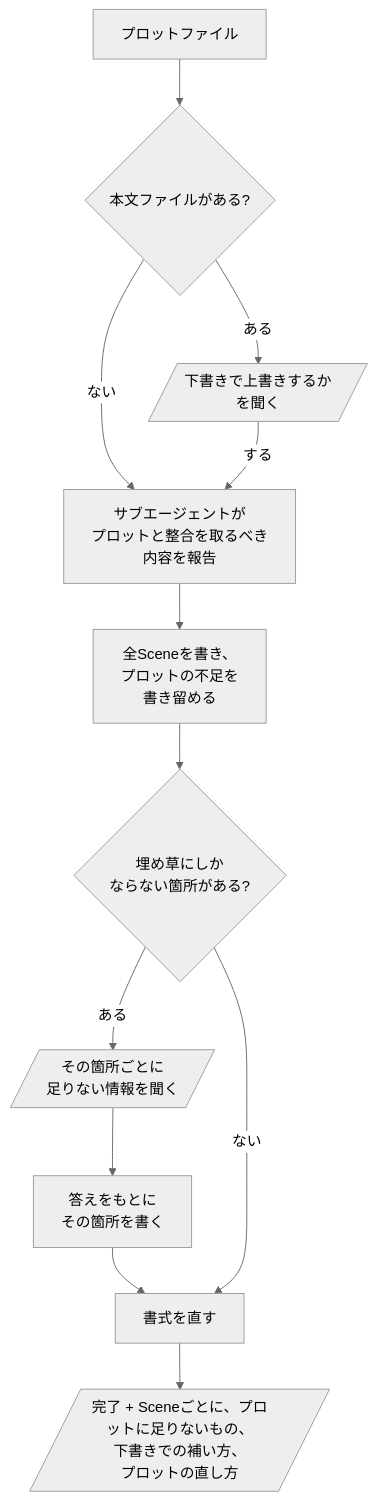
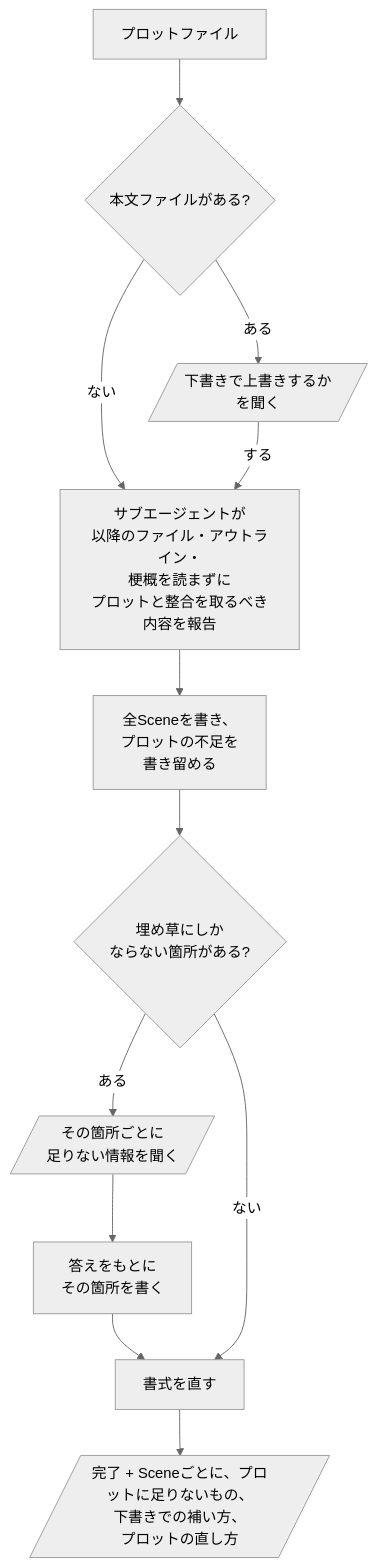
Before and after one commit to omni-stove/skill-kit: the diagram in domains/story/skills/draft/README.ja.md, drawn with Mermaid (neutral theme). The commit also changed 24 other files, not shown here.

````diff
--- a/domains/story/skills/draft/README.ja.md
+++ b/domains/story/skills/draft/README.ja.md
@@ -7,14 +7,14 @@
 ```mermaid
 flowchart TD
   input[プロットファイル] --> exists{本文ファイルがある?}
   exists -- "ある" --> ask[/下書きで上書きするか<br/>を聞く/]
   exists -- "ない" --> agent
-  ask -- "する" --> agent[サブエージェントが<br/>プロットと整合を取るべき<br/>内容を報告]
+  ask -- "する" --> agent[サブエージェントが<br/>以降のファイル・アウトライン・<br/>梗概を読まずに<br/>プロットと整合を取るべき<br/>内容を報告]
   agent --> write[全Sceneを書き、<br/>プロットの不足を<br/>書き留める]
   write --> gap{埋め草にしか<br/>ならない箇所がある?}
   gap -- "ある" --> need[/その箇所ごとに<br/>足りない情報を聞く/]
   need --> fill[答えをもとに<br/>その箇所を書く]
   fill --> format
   gap -- "ない" --> format[書式を直す]
   format --> done[/"完了 + Sceneごとに、プロットに足りないもの、<br/>下書きでの補い方、<br/>プロットの直し方"/]
 ```
````
